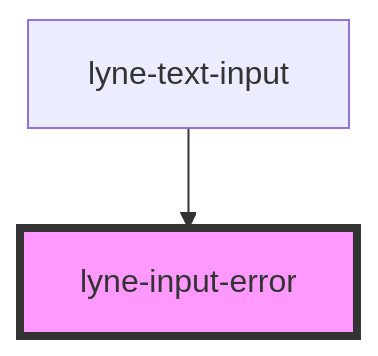
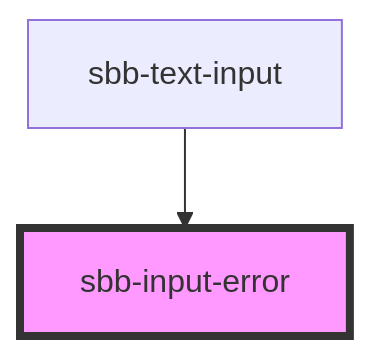
Before and after one commit to sbb-design-systems/lyne-components: the diagram in src/components/sbb-input-error/readme.md, drawn with Mermaid. The commit also changed other lines of this file and 348 other files, not shown here.

Commit message:
refactor: 'lyne' prefix renamed to 'sbb'

````diff
--- a/src/components/sbb-input-error/readme.md
+++ b/src/components/sbb-input-error/readme.md
@@ -22,5 +22,5 @@
 ```mermaid
 graph TD;
-  lyne-text-input --> lyne-input-error
-  style lyne-input-error fill:#f9f,stroke:#333,stroke-width:4px
+  sbb-text-input --> sbb-input-error
+  style sbb-input-error fill:#f9f,stroke:#333,stroke-width:4px
 ```
````
